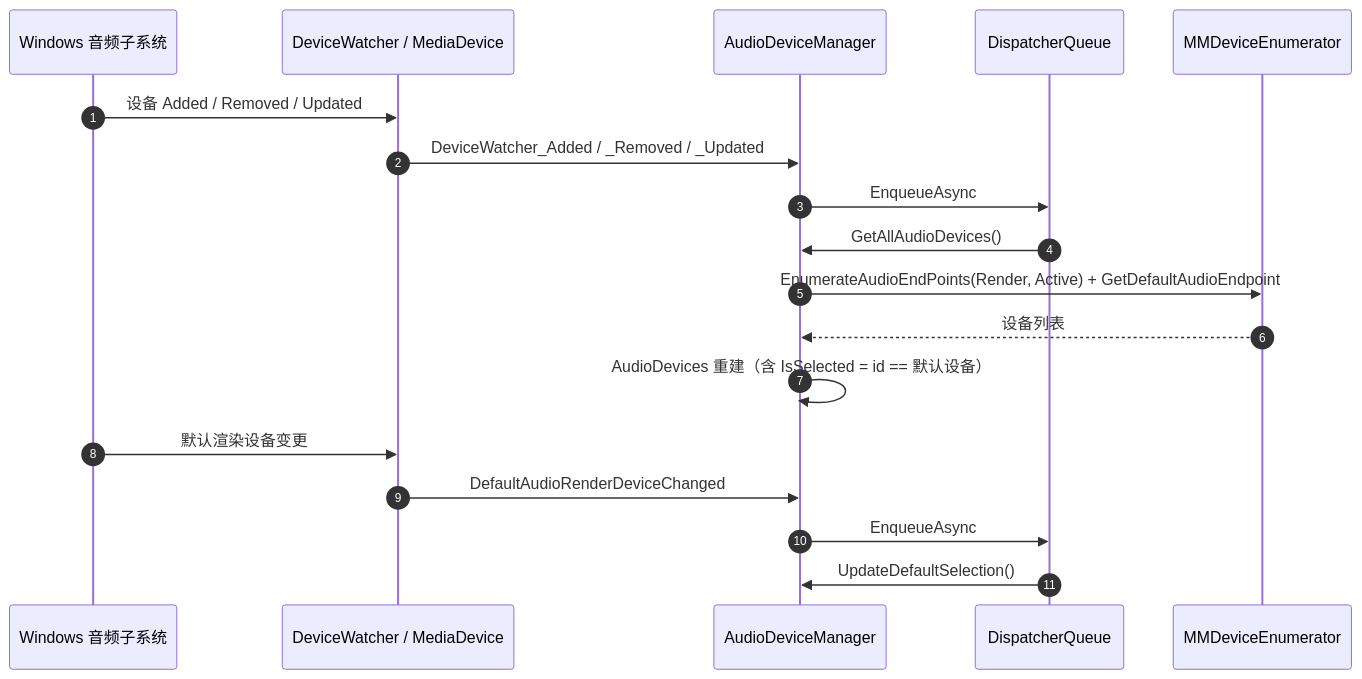
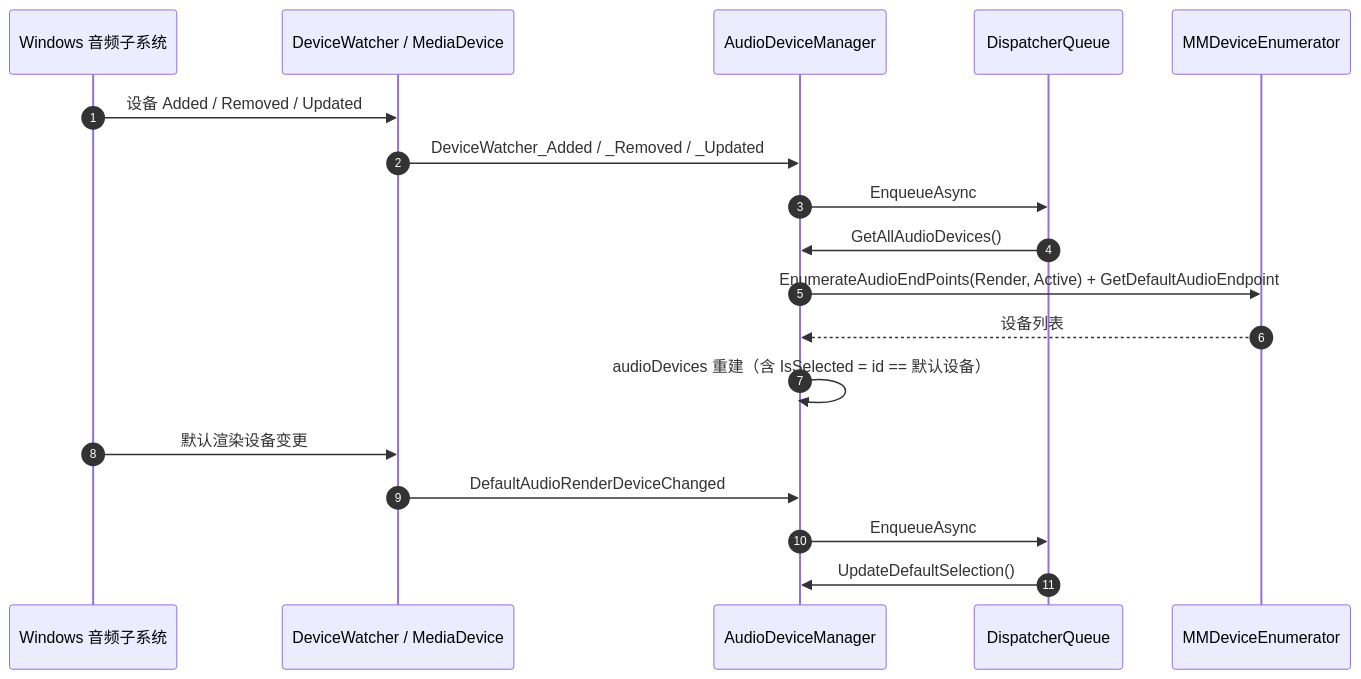
The fourth of 5 diagrams in Docs/WindowsPlaybackServiceSplitPlan.md (NotifyRelay/Windows), drawn with Mermaid before and after one commit. The commit also changed other lines of this file, not shown here.

First line of the commit message:
docs(analysis): 补 4.5 启动初始化时序图说明订阅顺序修复

````diff
--- a/Docs/WindowsPlaybackServiceSplitPlan.md
+++ b/Docs/WindowsPlaybackServiceSplitPlan.md
@@ -374,22 +374,22 @@
 ```mermaid
 sequenceDiagram
     autonumber
     participant OS as Windows 音频子系统
     participant Watcher as DeviceWatcher / MediaDevice
     participant Audio as AudioDeviceManager
     participant UI as DispatcherQueue
     participant NAudio as MMDeviceEnumerator
 
     OS->>Watcher: 设备 Added / Removed / Updated
     Watcher->>Audio: DeviceWatcher_Added / _Removed / _Updated
     Audio->>UI: EnqueueAsync
     UI->>Audio: GetAllAudioDevices()
     Audio->>NAudio: EnumerateAudioEndPoints(Render, Active) + GetDefaultAudioEndpoint
     NAudio-->>Audio: 设备列表
-    Audio->>Audio: AudioDevices 重建（含 IsSelected = id == 默认设备）
+    Audio->>Audio: audioDevices 重建（含 IsSelected = id == 默认设备）
 
     OS->>Watcher: 默认渲染设备变更
     Watcher->>Audio: DefaultAudioRenderDeviceChanged
     Audio->>UI: EnqueueAsync
     UI->>Audio: UpdateDefaultSelection()
 ```
````
